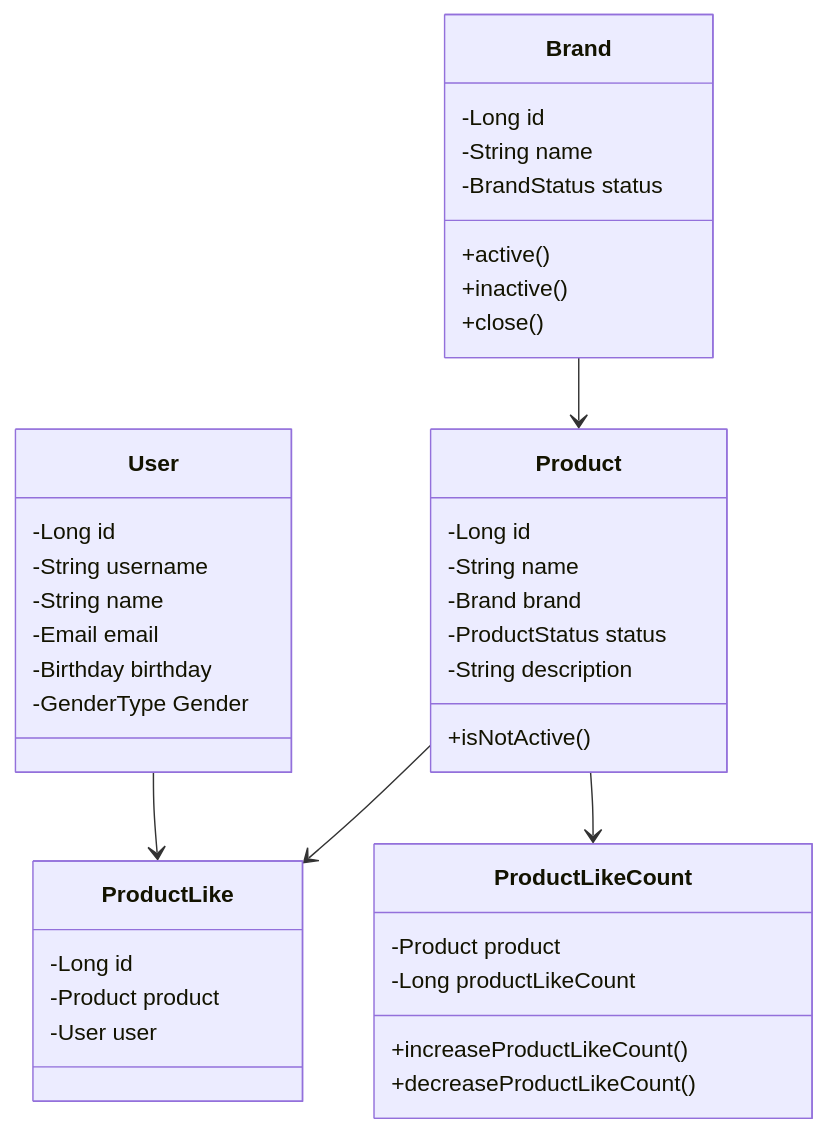
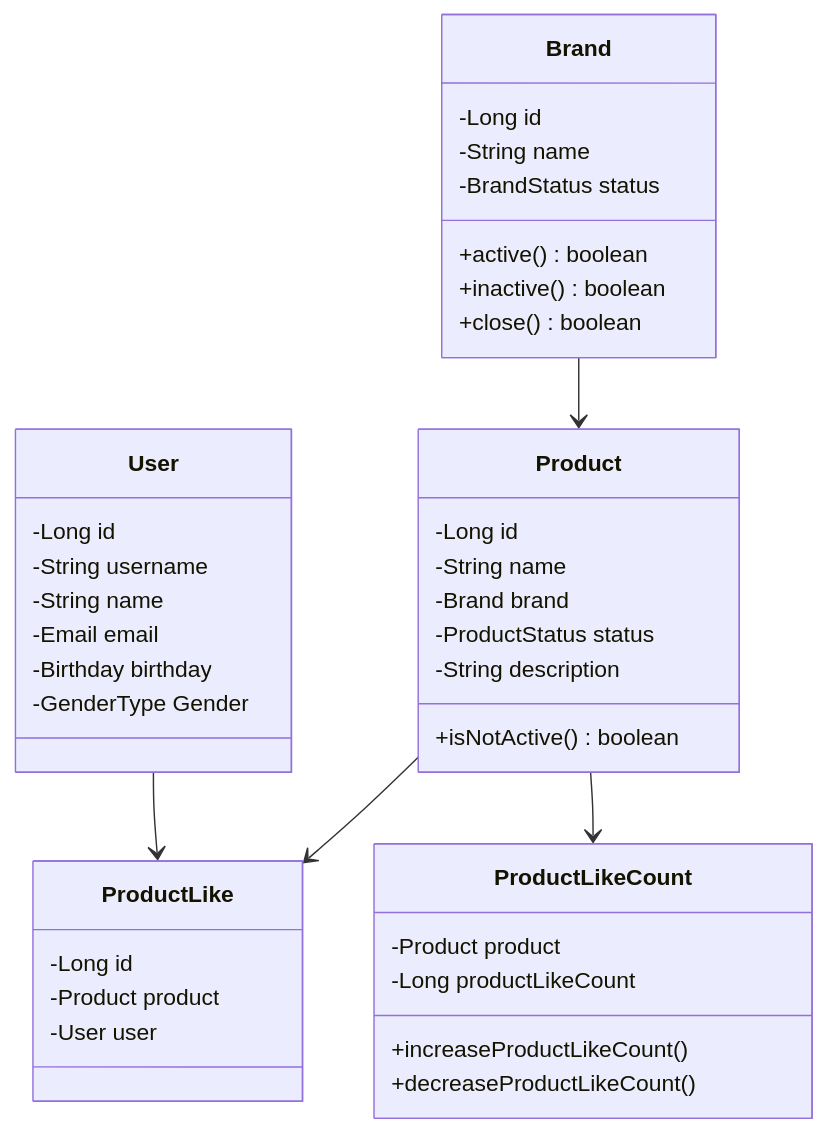
Before and after one commit to kiekk/gamsung-commerce: the first of 4 diagrams in docs/design/03-class-diagrams.md, drawn with Mermaid. The commit also changed other lines of this file, not shown here.

First line of the commit message:
docs: 클래스 다이어그램 쿠폰 내용 추가

````diff
--- a/docs/design/03-class-diagrams.md
+++ b/docs/design/03-class-diagrams.md
@@ -10,42 +10,42 @@
 ```mermaid
 classDiagram
     class User {
         -Long id
         -String username
         -String name
         -Email email
         -Birthday birthday
         -GenderType Gender
     }
     class Brand {
         -Long id
         -String name
         -BrandStatus status
-        +active()
-        +inactive()
-        +close()
+        +active() boolean
+        +inactive() boolean
+        +close() boolean
     }
     class Product {
         -Long id
         -String name
         -Brand brand
         -ProductStatus status
         -String description
-        +isNotActive()
+        +isNotActive() boolean
     }
     class ProductLike {
         -Long id
         -Product product
         -User user
     }
     class ProductLikeCount {
         -Product product
         -Long productLikeCount
         +increaseProductLikeCount()
         +decreaseProductLikeCount()
     }
     Brand --> Product
     User --> ProductLike
     Product --> ProductLike
     Product --> ProductLikeCount 
 ```
````
